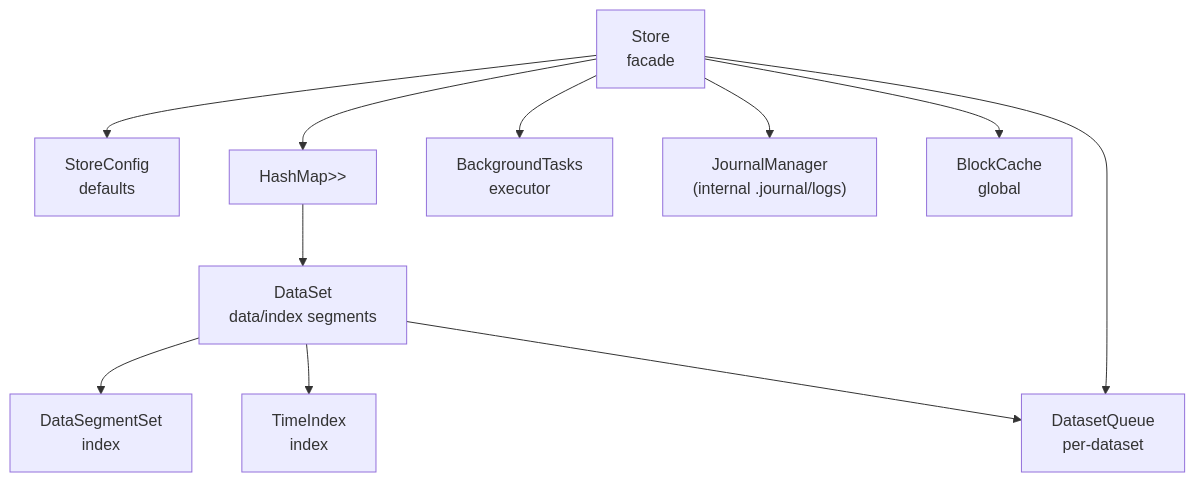
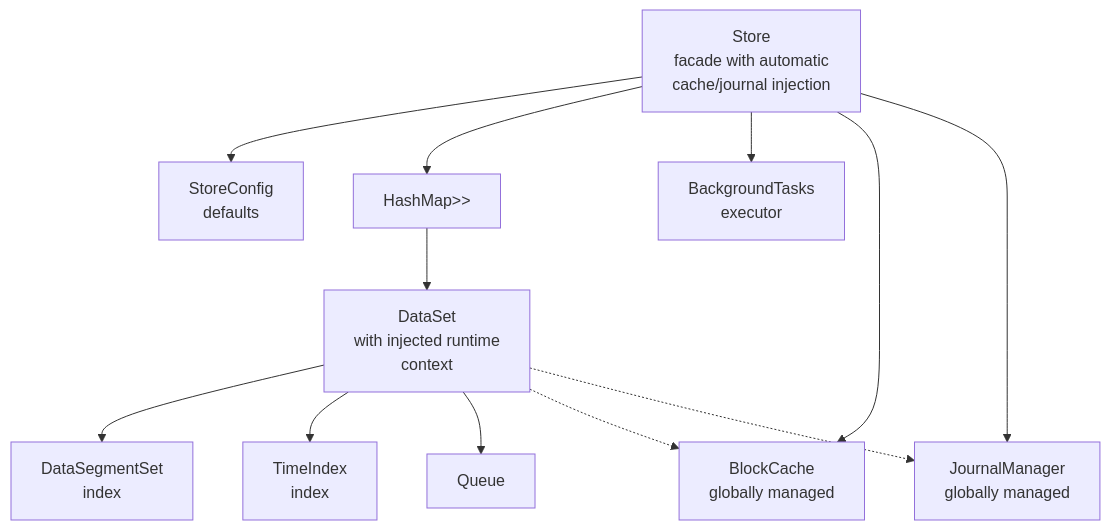
The first of 3 diagrams in .qoder/repowiki/en/content/API Reference/Rust API/Store Management.md (snower/timslite), drawn with Mermaid before and after one commit. The commit also changed other lines of this file and 35 other files, not shown here.

Commit message:
P2-4: correction 变长覆盖仍残留 "移动后续字节" 的过宽描述，按建议优化 P2-5: queue 的锁层级说明与 condvar 叙述容易误导，按建议优化 P2-6: Journal TLV `u16 length` 与名称/meta 上限缺少统一校验说明，按建议优化

````diff
--- a/.qoder/repowiki/en/content/API Reference/Rust API/Store Management.md
+++ b/.qoder/repowiki/en/content/API Reference/Rust API/Store Management.md
@@ -45,13 +53,14 @@
 ```mermaid
 graph TB
-Store["Store<br/>facade"] --> Config["StoreConfig<br/>defaults"]
+Store["Store<br/>facade with automatic<br/>cache/journal injection"] --> Config["StoreConfig<br/>defaults"]
 Store --> Datasets["HashMap<DataSetKey, Arc<Mutex<DataSet>>>"]
 Store --> BG["BackgroundTasks<br/>executor"]
-Store --> Journal["JournalManager<br/>(internal .journal/logs)"]
-Store --> Cache["BlockCache<br/>global"]
-Store --> Queue["DatasetQueue<br/>per-dataset"]
-Datasets --> DataSet["DataSet<br/>data/index segments"]
+Store --> Cache["BlockCache<br/>globally managed"]
+Store --> Journal["JournalManager<br/>globally managed"]
+Datasets --> DataSet["DataSet<br/>with injected runtime<br/>context"]
 DataSet --> Segments["DataSegmentSet<br/>index"]
 DataSet --> TimeIndex["TimeIndex<br/>index"]
 DataSet --> Queue
+DataSet -.-> Cache
+DataSet -.-> Journal
 ```
````
